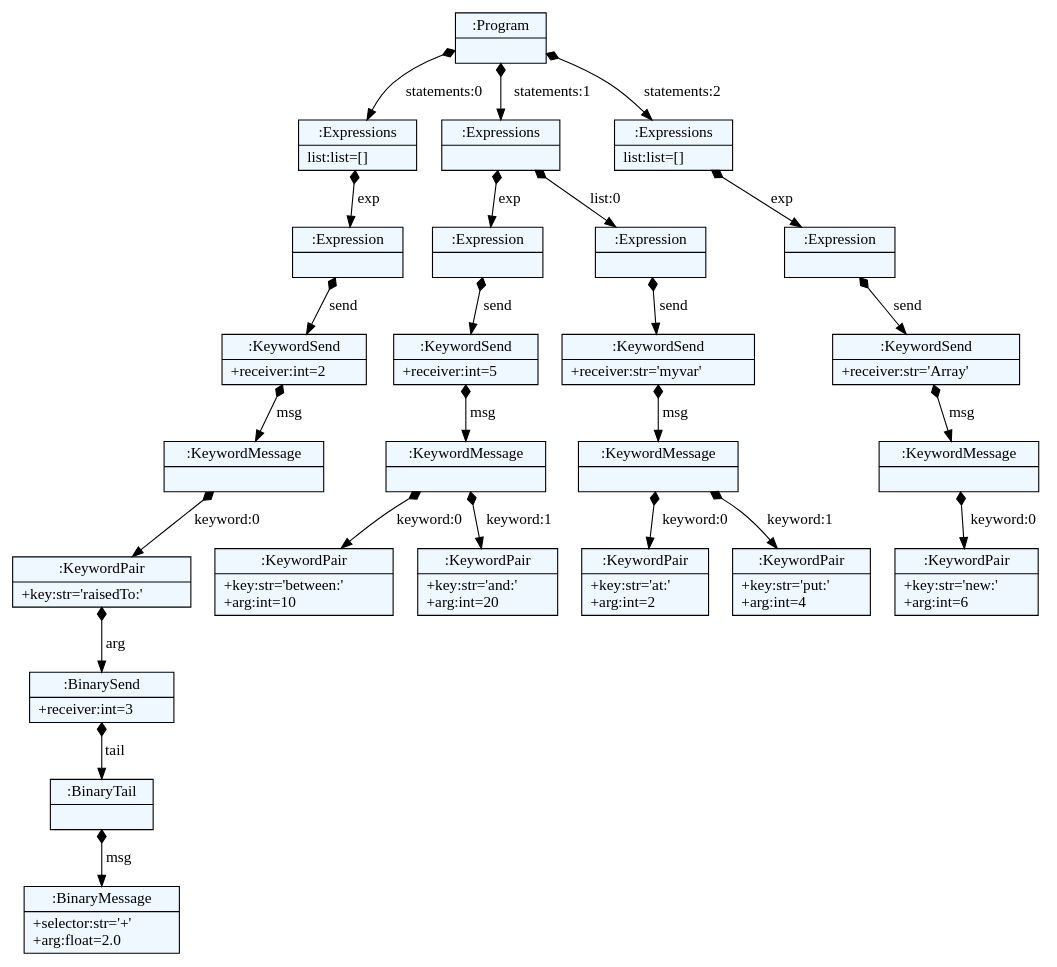
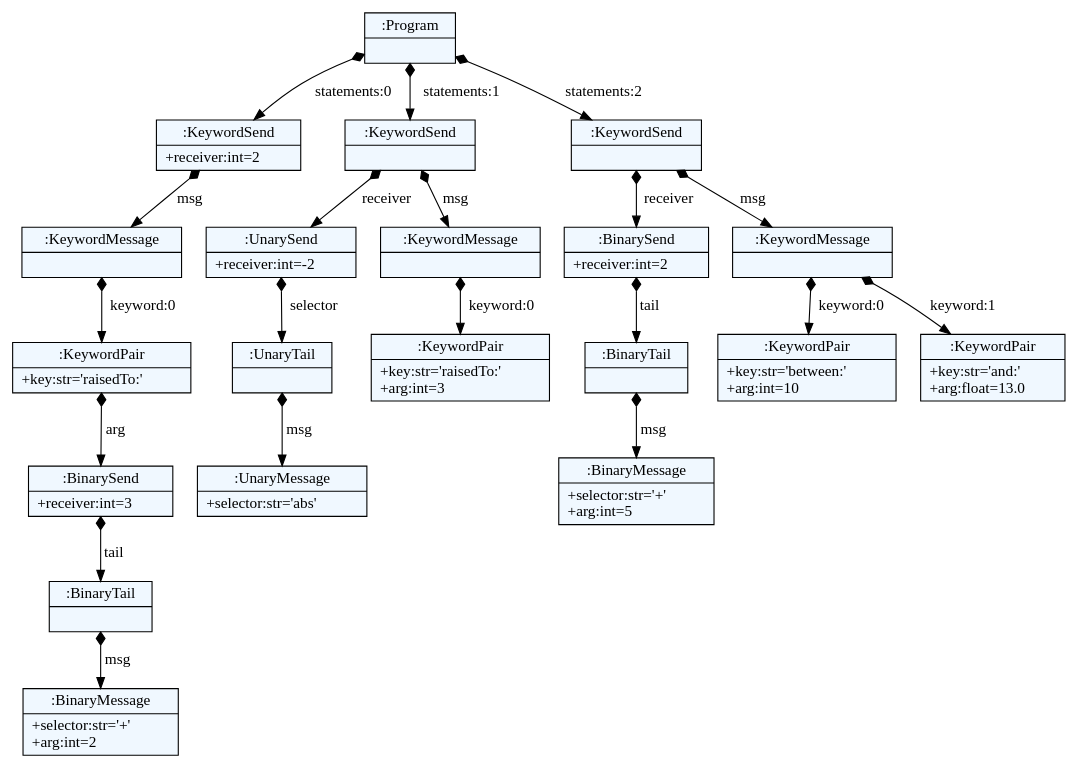
One commit to spcnz/smalltalk-parser changed the diagram in parser/dot/keyword_msg.dot. Above: the diagram before and after it, drawn with Graphviz. The commit also changed 6093 other files, not shown here.

```diff
--- a/parser/dot/keyword_msg.dot
+++ b/parser/dot/keyword_msg.dot
@@ -1,64 +1,54 @@
 
     digraph textX {
     fontname = "Bitstream Vera Sans"
     fontsize = 8
     node[
         shape=record,
         style=filled,
         fillcolor=aliceblue
     ]
     nodesep = 0.3
     edge[dir=black,arrowtail=empty]
 
 
-2686625102312 -> 2686626399624 [label="statements:0" arrowtail=diamond dir=both]
-2686626399624 -> 2686626398784 [label="exp" arrowtail=diamond dir=both]
-2686626398784 -> 2686626400632 [label="send" arrowtail=diamond dir=both]
-2686626400632 -> 2686626400464 [label="msg" arrowtail=diamond dir=both]
-2686626400464 -> 2686626400352 [label="keyword:0" arrowtail=diamond dir=both]
-2686626400352 -> 2686626400800 [label="arg" arrowtail=diamond dir=both]
-2686626400800 -> 2686626400072 [label="tail" arrowtail=diamond dir=both]
-2686626400072 -> 2686626401808 [label="msg" arrowtail=diamond dir=both]
-2686626401808[label="{:BinaryMessage|+selector:str='+'\l+arg:float=2.0\l}"]
-2686626400072[label="{:BinaryTail|}"]
-2686626400800[label="{:BinarySend|+receiver:int=3\l}"]
-2686626400352[label="{:KeywordPair|+key:str='raisedTo:'\l}"]
-2686626400464[label="{:KeywordMessage|}"]
-2686626400632[label="{:KeywordSend|+receiver:int=2\l}"]
-2686626398784[label="{:Expression|}"]
-2686626399624[label="{:Expressions|list:list=[]\l}"]
-2686625102312 -> 2686626398840 [label="statements:1" arrowtail=diamond dir=both]
-2686626398840 -> 2686626400408 [label="exp" arrowtail=diamond dir=both]
-2686626400408 -> 2686626400576 [label="send" arrowtail=diamond dir=both]
-2686626400576 -> 2686626400744 [label="msg" arrowtail=diamond dir=both]
-2686626400744 -> 2686626400128 [label="keyword:0" arrowtail=diamond dir=both]
-2686626400128[label="{:KeywordPair|+key:str='between:'\l+arg:int=10\l}"]
-2686626400744 -> 2686626400016 [label="keyword:1" arrowtail=diamond dir=both]
-2686626400016[label="{:KeywordPair|+key:str='and:'\l+arg:int=20\l}"]
-2686626400744[label="{:KeywordMessage|}"]
-2686626400576[label="{:KeywordSend|+receiver:int=5\l}"]
-2686626400408[label="{:Expression|}"]
-2686626398840 -> 2686626398672 [label="list:0" arrowtail=diamond dir=both]
-2686626398672 -> 2686626400296 [label="send" arrowtail=diamond dir=both]
-2686626400296 -> 2686626401360 [label="msg" arrowtail=diamond dir=both]
-2686626401360 -> 2686626401528 [label="keyword:0" arrowtail=diamond dir=both]
-2686626401528[label="{:KeywordPair|+key:str='at:'\l+arg:int=2\l}"]
-2686626401360 -> 2686626401416 [label="keyword:1" arrowtail=diamond dir=both]
-2686626401416[label="{:KeywordPair|+key:str='put:'\l+arg:int=4\l}"]
-2686626401360[label="{:KeywordMessage|}"]
-2686626400296[label="{:KeywordSend|+receiver:str='myvar'\l}"]
-2686626398672[label="{:Expression|}"]
-2686626398840[label="{:Expressions|}"]
-2686625102312 -> 2686626398728 [label="statements:2" arrowtail=diamond dir=both]
-2686626398728 -> 2686626400520 [label="exp" arrowtail=diamond dir=both]
-2686626400520 -> 2686626401584 [label="send" arrowtail=diamond dir=both]
-2686626401584 -> 2686626401920 [label="msg" arrowtail=diamond dir=both]
-2686626401920 -> 2686626401864 [label="keyword:0" arrowtail=diamond dir=both]
-2686626401864[label="{:KeywordPair|+key:str='new:'\l+arg:int=6\l}"]
-2686626401920[label="{:KeywordMessage|}"]
-2686626401584[label="{:KeywordSend|+receiver:str='Array'\l}"]
-2686626400520[label="{:Expression|}"]
-2686626398728[label="{:Expressions|list:list=[]\l}"]
-2686625102312[label="{:Program|}"]
+2614521902584 -> 2614582825368 [label="statements:0" arrowtail=diamond dir=both]
+2614582825368 -> 2614531518536 [label="msg" arrowtail=diamond dir=both]
+2614531518536 -> 2614531522344 [label="keyword:0" arrowtail=diamond dir=both]
+2614531522344 -> 2614531522120 [label="arg" arrowtail=diamond dir=both]
+2614531522120 -> 2614531522512 [label="tail" arrowtail=diamond dir=both]
+2614531522512 -> 2614534916472 [label="msg" arrowtail=diamond dir=both]
+2614534916472[label="{:BinaryMessage|+selector:str='+'\l+arg:int=2\l}"]
+2614531522512[label="{:BinaryTail|}"]
+2614531522120[label="{:BinarySend|+receiver:int=3\l}"]
+2614531522344[label="{:KeywordPair|+key:str='raisedTo:'\l}"]
+2614531518536[label="{:KeywordMessage|}"]
+2614582825368[label="{:KeywordSend|+receiver:int=2\l}"]
+2614521902584 -> 2614586760888 [label="statements:1" arrowtail=diamond dir=both]
+2614586760888 -> 2614531521728 [label="receiver" arrowtail=diamond dir=both]
+2614531521728 -> 2614531521560 [label="selector" arrowtail=diamond dir=both]
+2614531521560 -> 2614534916752 [label="msg" arrowtail=diamond dir=both]
+2614534916752[label="{:UnaryMessage|+selector:str='abs'\l}"]
+2614531521560[label="{:UnaryTail|}"]
+2614531521728[label="{:UnarySend|+receiver:int=-2\l}"]
+2614586760888 -> 2614531521448 [label="msg" arrowtail=diamond dir=both]
+2614531521448 -> 2614534915520 [label="keyword:0" arrowtail=diamond dir=both]
+2614534915520[label="{:KeywordPair|+key:str='raisedTo:'\l+arg:int=3\l}"]
+2614531521448[label="{:KeywordMessage|}"]
+2614586760888[label="{:KeywordSend|}"]
+2614521902584 -> 2614531522176 [label="statements:2" arrowtail=diamond dir=both]
+2614531522176 -> 2614531522288 [label="receiver" arrowtail=diamond dir=both]
+2614531522288 -> 2614590116192 [label="tail" arrowtail=diamond dir=both]
+2614590116192 -> 2614590118208 [label="msg" arrowtail=diamond dir=both]
+2614590118208[label="{:BinaryMessage|+selector:str='+'\l+arg:int=5\l}"]
+2614590116192[label="{:BinaryTail|}"]
+2614531522288[label="{:BinarySend|+receiver:int=2\l}"]
+2614531522176 -> 2614520315352 [label="msg" arrowtail=diamond dir=both]
+2614520315352 -> 2614590118992 [label="keyword:0" arrowtail=diamond dir=both]
+2614590118992[label="{:KeywordPair|+key:str='between:'\l+arg:int=10\l}"]
+2614520315352 -> 2614590115912 [label="keyword:1" arrowtail=diamond dir=both]
+2614590115912[label="{:KeywordPair|+key:str='and:'\l+arg:float=13.0\l}"]
+2614520315352[label="{:KeywordMessage|}"]
+2614531522176[label="{:KeywordSend|}"]
+2614521902584[label="{:Program|}"]
 
 }
```
